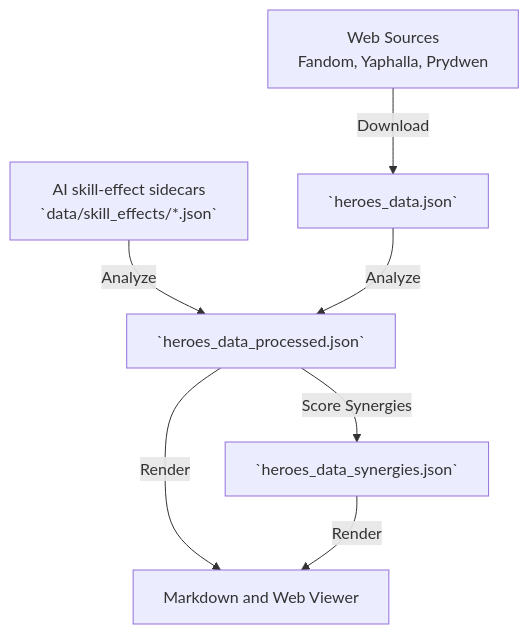
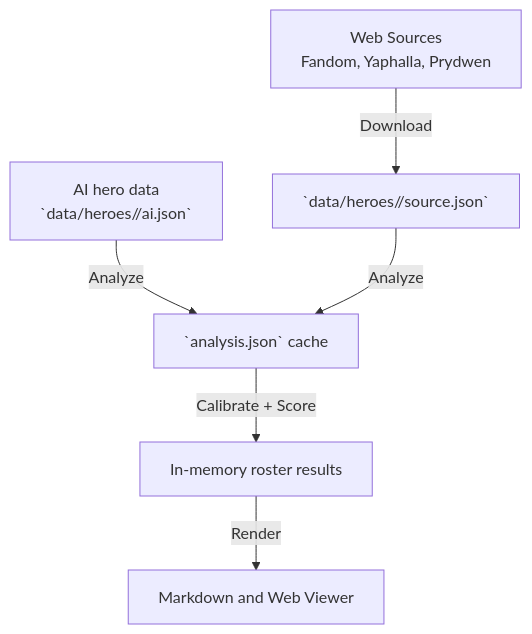
The diagram in docs/skill-analysis-pipeline.md (arnecls/afjk-characters), drawn with Mermaid before and after one commit. The commit also changed other lines of this file and 796 other files, not shown here.

First line of the commit message:
Split hero data into per-hero bundles and mapping-native pipeline (#5)

````diff
--- a/docs/skill-analysis-pipeline.md
+++ b/docs/skill-analysis-pipeline.md
@@ -11,9 +11,8 @@
 ```mermaid
 graph TD
-    Sources[Web Sources<br>Fandom, Yaphalla, Prydwen] -->|Download| RawData[`heroes_data.json`]
-    Sidecars[AI skill-effect sidecars<br>`data/skill_effects/*.json`] -->|Analyze| Processed[`heroes_data_processed.json`]
-    RawData -->|Analyze| Processed
-    Processed -->|Score Synergies| Synergies[`heroes_data_synergies.json`]
-    Processed -->|Render| Output[Markdown and Web Viewer]
-    Synergies -->|Render| Output
+    Sources[Web Sources<br>Fandom, Yaphalla, Prydwen] -->|Download| RawData[`data/heroes/<id>/source.json`]
+    Sidecars[AI hero data<br>`data/heroes/<id>/ai.json`] -->|Analyze| Local[`analysis.json` cache]
+    RawData -->|Analyze| Local
+    Local -->|Calibrate + Score| Memory[In-memory roster results]
+    Memory -->|Render| Output[Markdown and Web Viewer]
 ```
````
